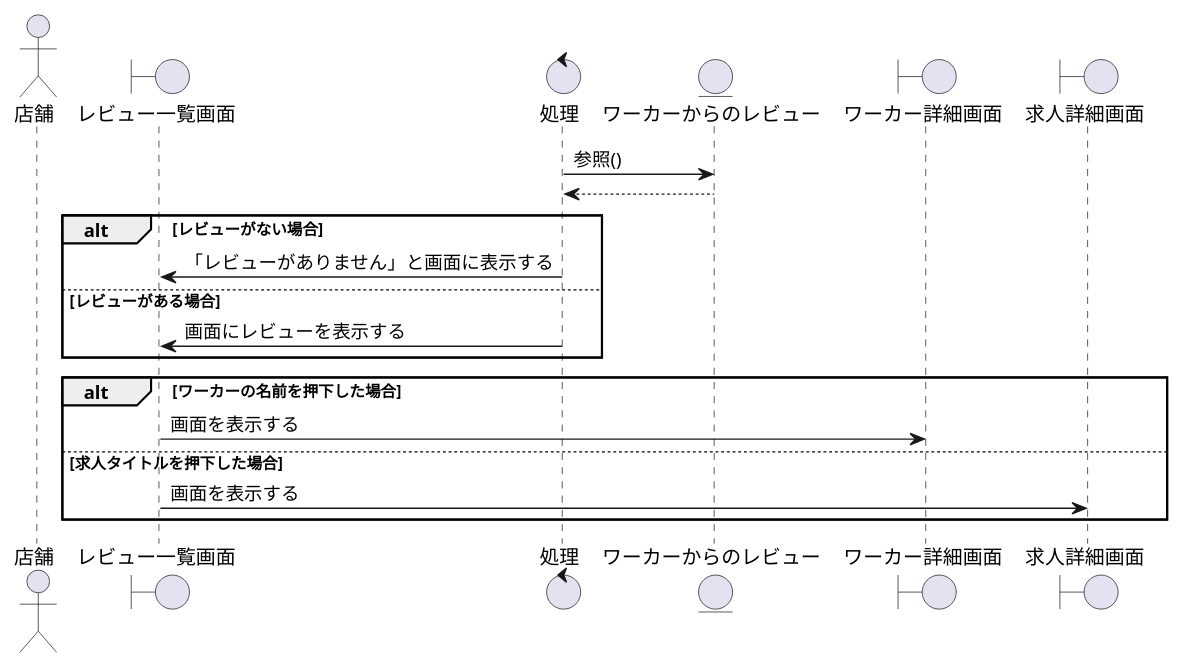
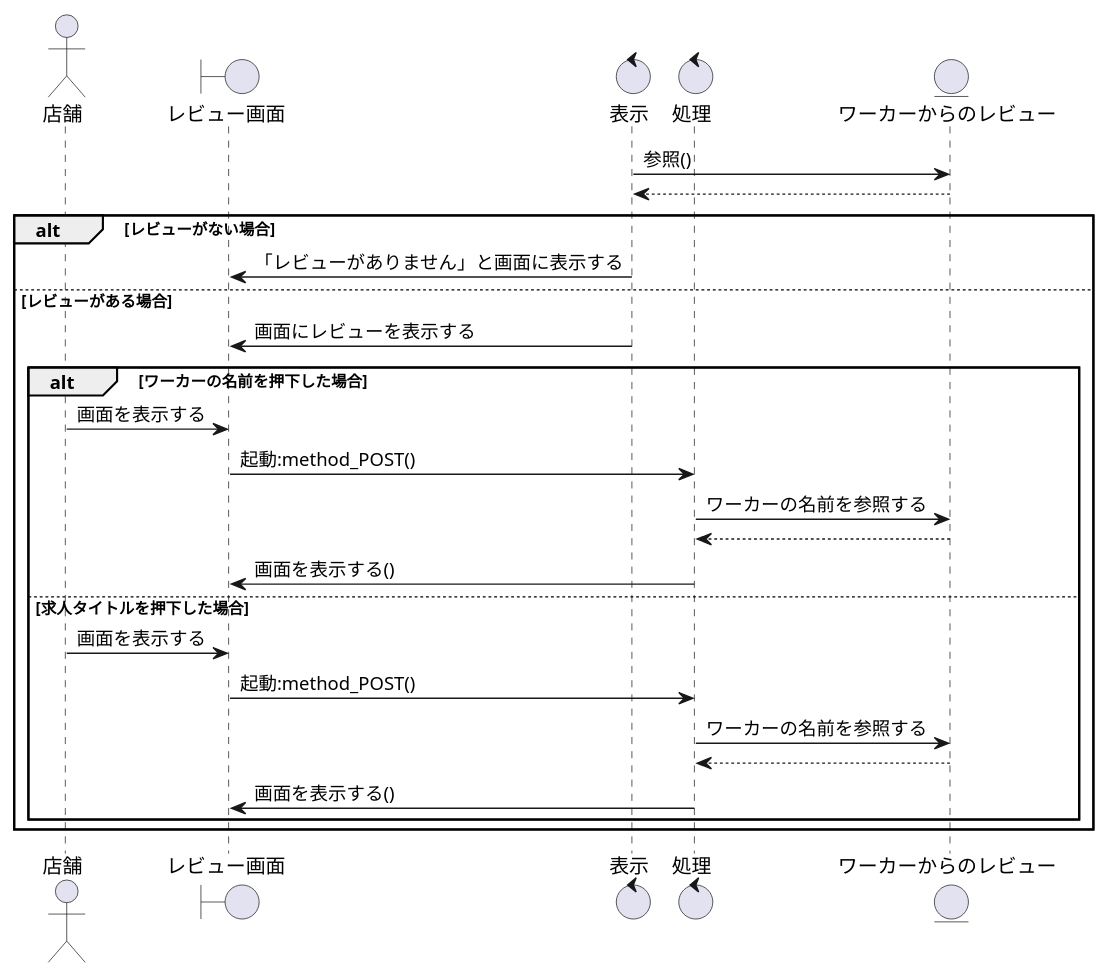
Before and after one commit to irukacb256/high_Me: the diagram in sequence_fig/8_storeside_fn/10_店舗のレビューを閲覧する.pu, drawn with PlantUML. The commit also changed 10 other files, not shown here.

```diff
--- a/sequence_fig/8_storeside_fn/10_店舗のレビューを閲覧する.pu
+++ b/sequence_fig/8_storeside_fn/10_店舗のレビューを閲覧する.pu
@@ -1,29 +1,36 @@
 @startuml 店舗のレビューを閲覧する
 
 actor 店舗 as cp1
-boundary レビュー一覧画面 as b1
+boundary レビュー画面 as b1
+control 表示 as co1
 control 処理 as co2
-entity ワーカーからのレビュー as en1
-boundary ワーカー詳細画面 as b2
-boundary 求人詳細画面 as b3
 
-co2 -> en1 :参照()
-co2 <-- en1
+entity ワーカーからのレビュー as wr1
+
+
+co1 -> wr1 :参照()
+co1 <-- wr1
 
 alt レビューがない場合
-b1 <- co2 : 「レビューがありません」と画面に表示する
+b1 <- co1 : 「レビューがありません」と画面に表示する
 
 else レビューがある場合
-b1 <- co2 :画面にレビューを表示する
+b1 <- co1 :画面にレビューを表示する
 
-end
+    alt ワーカーの名前を押下した場合
+        cp1 -> b1 :画面を表示する
+        b1 -> co2 : 起動:method_POST()
+        co2 -> wr1 : ワーカーの名前を参照する
+        co2 <-- wr1
+        co2 -> b1 : 画面を表示する()
 
-alt ワーカーの名前を押下した場合
-b1 -> b2 :画面を表示する
-
-else 求人タイトルを押下した場合
-b1 -> b3 :画面を表示する
-
+    else 求人タイトルを押下した場合
+        cp1 -> b1 :画面を表示する
+        b1 -> co2 : 起動:method_POST()
+        co2 -> wr1 : ワーカーの名前を参照する
+        co2 <-- wr1
+        co2 -> b1 : 画面を表示する()
+    end
 end
 
 @enduml
```
